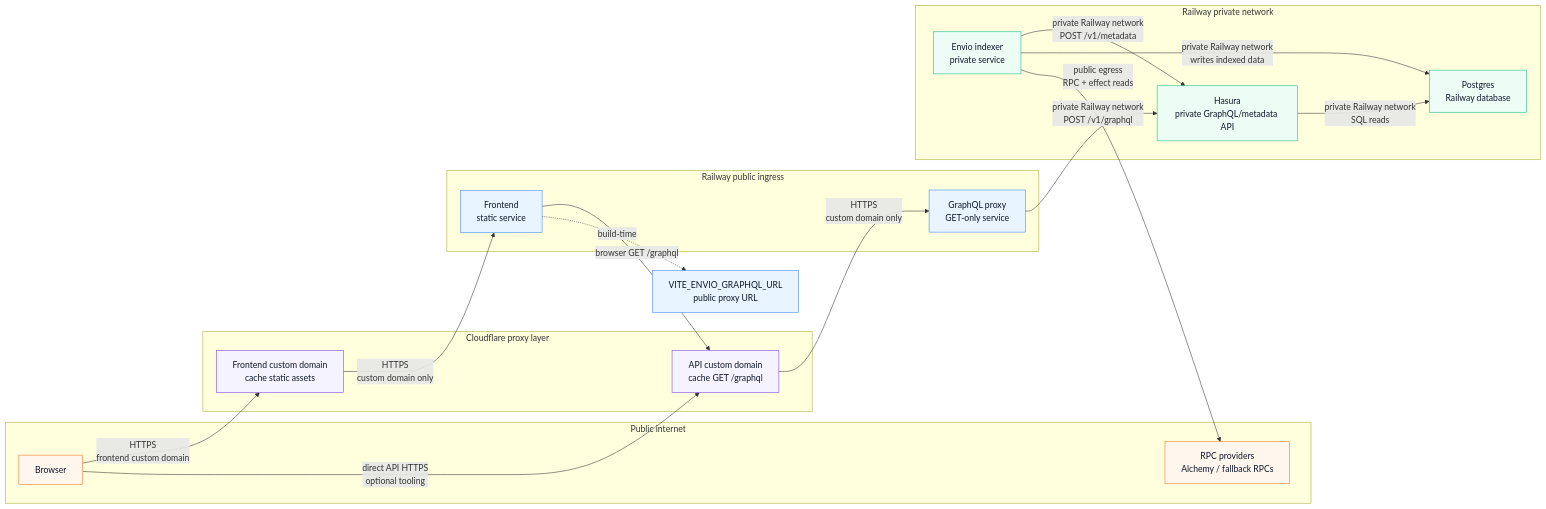
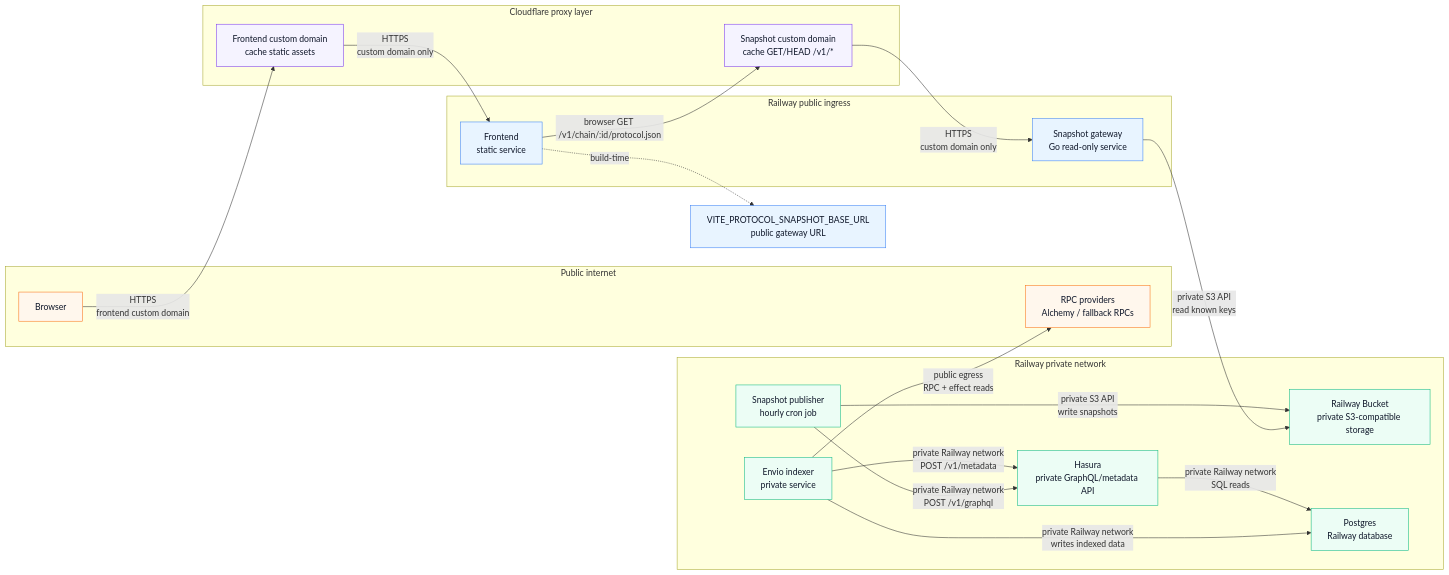
One commit to OlympusDAO/protocol-visualizer changed the diagram in docs/railway-self-hosting.md. Above: the diagram before and after it, drawn with Mermaid. The commit also changed other lines of this file and 41 other files, not shown here.

Commit message:
feat: serve protocol snapshots from Railway bucket

````diff
--- a/docs/railway-self-hosting.md
+++ b/docs/railway-self-hosting.md
@@ -32,47 +33,50 @@
 ```mermaid
 flowchart LR
   subgraph internet["Public internet"]
     user["Browser"]
     rpc["RPC providers\nAlchemy / fallback RPCs"]
   end
 
   subgraph cloudflare["Cloudflare proxy layer"]
     cfFrontend["Frontend custom domain\ncache static assets"]
-    cfGraphql["API custom domain\ncache GET /graphql"]
+    cfSnapshots["Snapshot custom domain\ncache GET/HEAD /v1/*"]
   end
 
   subgraph railwayPublic["Railway public ingress"]
     frontend["Frontend\nstatic service"]
-    proxy["GraphQL proxy\nGET-only service"]
+    gateway["Snapshot gateway\nGo read-only service"]
   end
 
   subgraph railwayPrivate["Railway private network"]
     hasura["Hasura\nprivate GraphQL/metadata API"]
     indexer["Envio indexer\nprivate service"]
+    publisher["Snapshot publisher\nhourly cron job"]
+    bucket["Railway Bucket\nprivate S3-compatible storage"]
     postgres["Postgres\nRailway database"]
   end
 
   user -->|HTTPS\nfrontend custom domain| cfFrontend
   cfFrontend -->|HTTPS\ncustom domain only| frontend
-  frontend -->|browser GET /graphql| cfGraphql
-  user -->|direct API HTTPS\noptional tooling| cfGraphql
-  cfGraphql -->|HTTPS\ncustom domain only| proxy
+  frontend -->|browser GET /v1/chain/:id/protocol.json| cfSnapshots
+  cfSnapshots -->|HTTPS\ncustom domain only| gateway
+  gateway -->|private S3 API\nread known keys| bucket
 
-  proxy -->|private Railway network\nPOST /v1/graphql| hasura
+  publisher -->|private Railway network\nPOST /v1/graphql| hasura
+  publisher -->|private S3 API\nwrite snapshots| bucket
   indexer -->|private Railway network\nPOST /v1/metadata| hasura
   indexer -->|private Railway network\nwrites indexed data| postgres
   hasura -->|private Railway network\nSQL reads| postgres
+  indexer -->|public egress\nRPC + effect reads| rpc
 
-  indexer -->|public egress\nRPC + effect reads| rpc
-  frontend -. build-time .-> proxyUrl["VITE_ENVIO_GRAPHQL_URL\npublic proxy URL"]
+  frontend -. build-time .-> snapshotUrl["VITE_PROTOCOL_SNAPSHOT_BASE_URL\npublic gateway URL"]
 
   classDef public fill:#e8f4ff,stroke:#3b82f6,color:#0f172a
   classDef edge fill:#f5f3ff,stroke:#7c3aed,color:#0f172a
   classDef private fill:#ecfdf5,stroke:#10b981,color:#0f172a
   classDef external fill:#fff7ed,stroke:#f97316,color:#0f172a
 
-  class frontend,proxy,proxyUrl public
-  class cfFrontend,cfGraphql edge
-  class hasura,indexer,postgres private
+  class frontend,gateway,snapshotUrl public
+  class cfFrontend,cfSnapshots edge
+  class hasura,indexer,publisher,bucket,postgres private
   class user,rpc external
 ```
````
